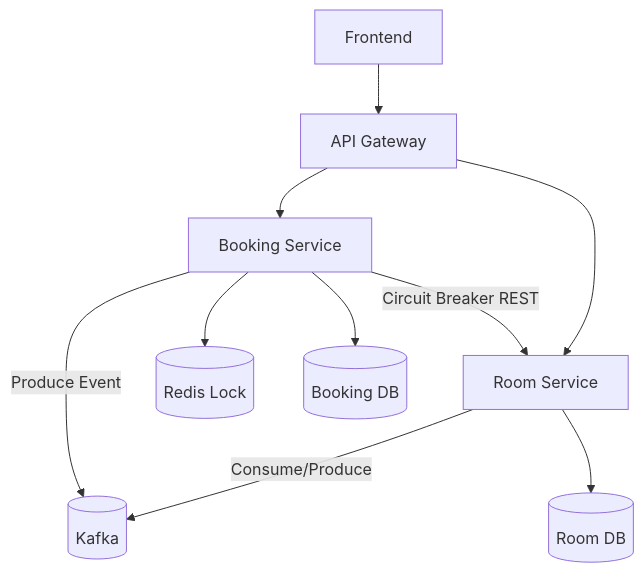
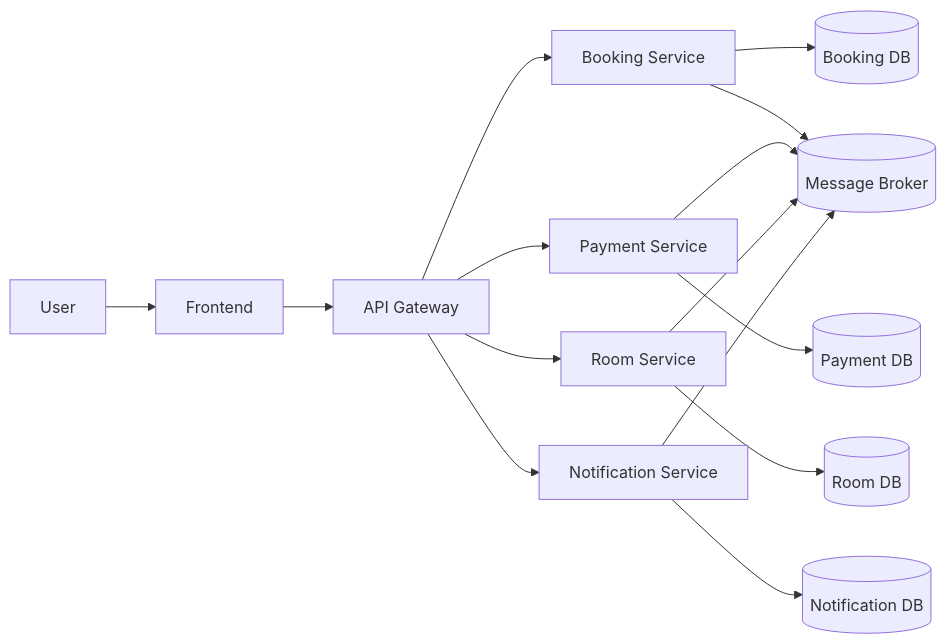
Before and after one commit to bangit14/WebBanHang-Project: the diagram in architecture.md, drawn with Mermaid. The commit also changed other lines of this file and 1 other file, not shown here.

````diff
--- a/architecture.md
+++ b/architecture.md
@@ -66,17 +72,20 @@
 ```mermaid
-graph TD
-    A[Frontend] --> B[API Gateway]
+graph LR
+    U[User] --> FE[Frontend]
+    FE --> GW[API Gateway]
 
-    B --> C[Booking Service]
-    B --> D[Room Service]
+    GW --> BS[Booking Service]
+    GW --> PS[Payment Service]
+    GW --> RS[Room Service]
+    GW --> NS[Notification Service]
 
-    C -->|Produce Event| K[(Kafka)]
-    D -->|Consume/Produce| K
+    BS --> DB1[(Booking DB)]
+    PS --> DB2[(Payment DB)]
+    RS --> DB3[(Room DB)]
+    NS --> DB4[(Notification DB)]
 
-    C --> R[(Redis Lock)]
-
-    C --> E[(Booking DB)]
-    D --> F[(Room DB)]
-
-    C -->|Circuit Breaker REST| D 
+    BS --> MQ[(Message Broker)]
+    PS --> MQ
+    RS --> MQ
+    NS --> MQ
 ```
````
